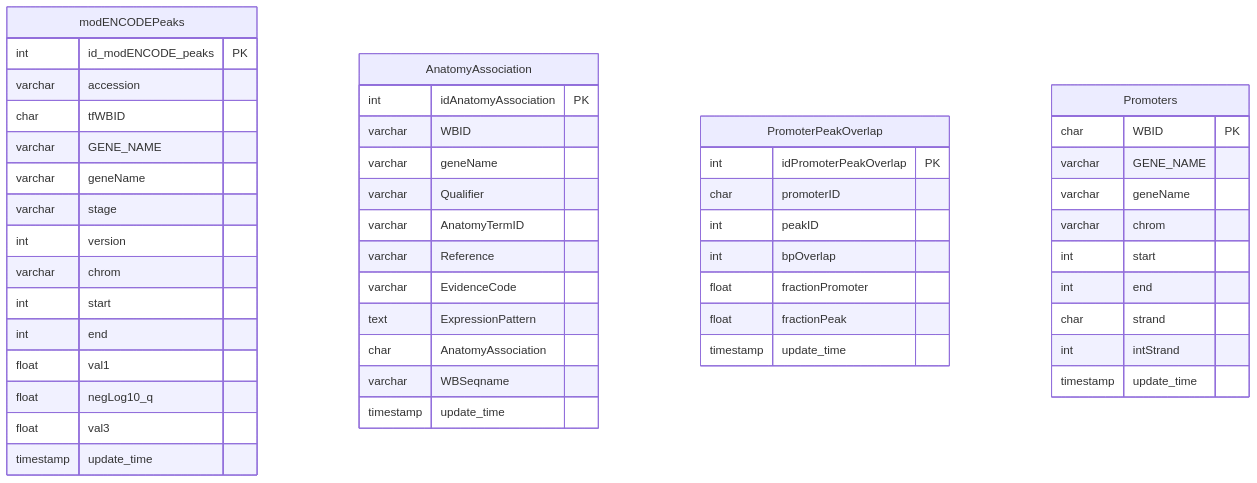
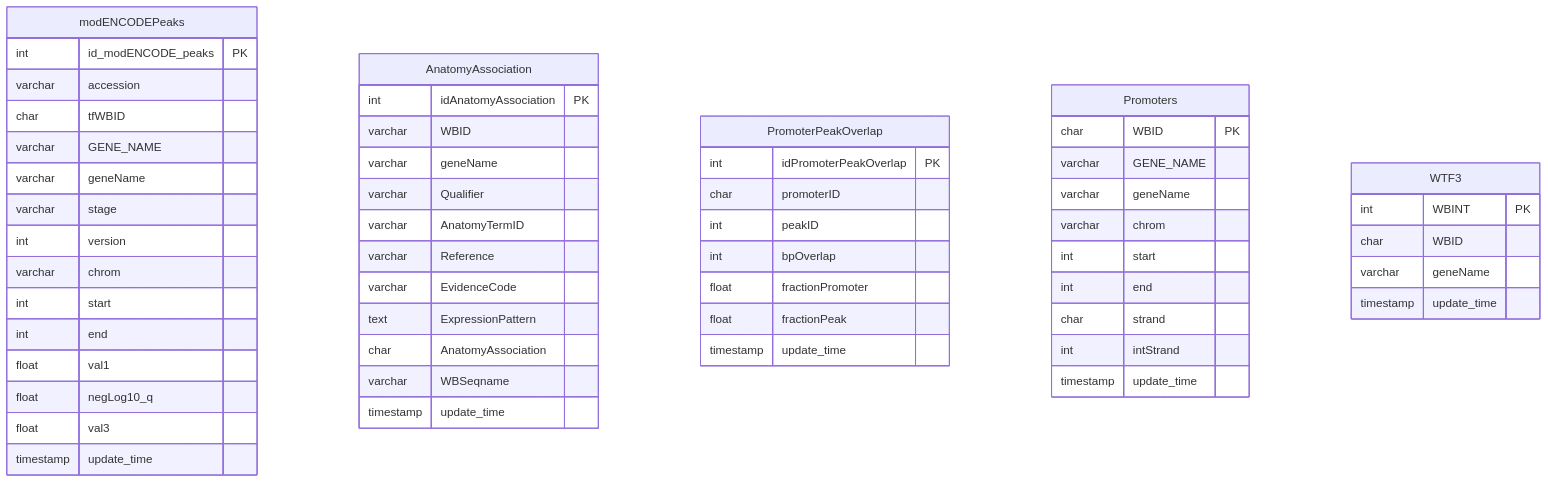
Before and after one commit to meekrob/OnishRDB: the fourth of 4 diagrams in README.md, drawn with Mermaid.

````diff
--- a/README.md
+++ b/README.md
@@ -273,57 +273,64 @@
 ```mermaid
 erDiagram
 
 modENCODEPeaks {
 int id_modENCODE_peaks PK
 varchar accession 
 char tfWBID 
 varchar GENE_NAME 
 varchar geneName 
 varchar stage 
 int version 
 varchar chrom 
 int start 
 int end 
 float val1 
 float negLog10_q 
 float val3 
 timestamp update_time 
 }
 
 AnatomyAssociation {
 int idAnatomyAssociation PK
 varchar WBID 
 varchar geneName 
 varchar Qualifier 
 varchar AnatomyTermID 
 varchar Reference 
 varchar EvidenceCode 
 text ExpressionPattern 
 char AnatomyAssociation 
 varchar WBSeqname 
 timestamp update_time 
 }
 
 PromoterPeakOverlap {
 int idPromoterPeakOverlap PK
 char promoterID 
 int peakID
 int bpOverlap 
 float fractionPromoter 
 float fractionPeak 
 timestamp update_time 
 }
 
 Promoters {
 char WBID PK
 varchar GENE_NAME 
 varchar geneName 
 varchar chrom 
 int start 
 int end 
 char strand 
 int intStrand 
 timestamp update_time 
 }
 
+WTF3 {
+int WBINT PK
+char WBID 
+varchar geneName 
+timestamp update_time 
+}
+
 ```
````
